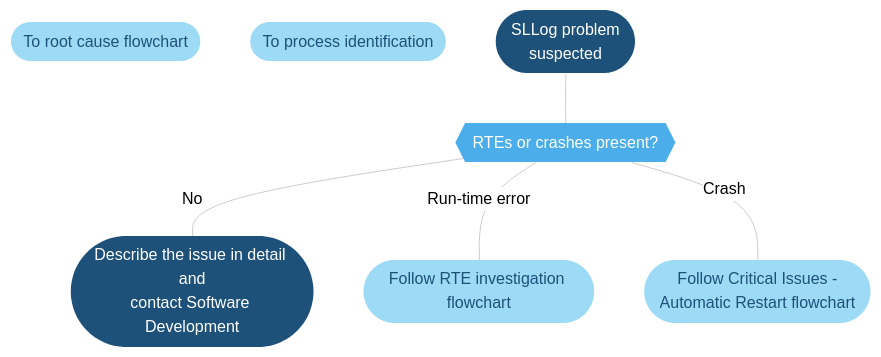
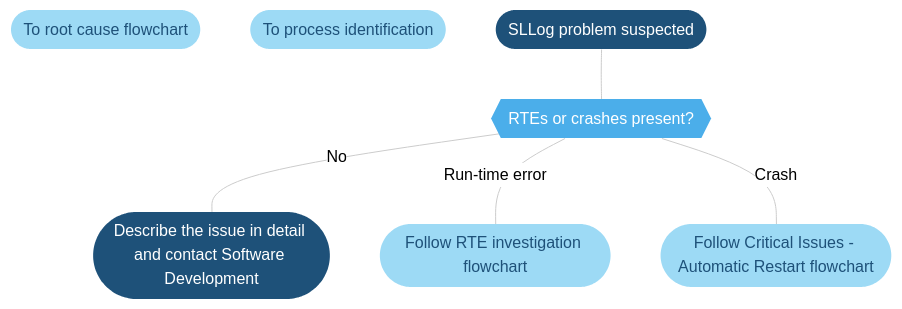
The diagram in user-guide/Troubleshooting/Troubleshooting_Flowcharts/Troubleshooting_Process_Identification/Logging_processes/Troubleshooting_SLLog_exe.md (SkylineCommunications/dataminer-docs), drawn with Mermaid (neutral theme) before and after one commit. The commit also changed 21 other files, not shown here.

````diff
--- a/user-guide/Troubleshooting/Troubleshooting_Flowcharts/Troubleshooting_Process_Identification/Logging_processes/Troubleshooting_SLLog_exe.md
+++ b/user-guide/Troubleshooting/Troubleshooting_Flowcharts/Troubleshooting_Process_Identification/Logging_processes/Troubleshooting_SLLog_exe.md
@@ -19,33 +19,33 @@
 ```mermaid
 flowchart TD
 %% Define blocks %%
 LinkRootCause([To root cause flowchart])
 LinkProcessList([To process identification])
-Start([SLLog problem <br/>suspected])
+Start([SLLog problem suspected])
 CheckIssueType{{RTEs or crashes present?}}
 Rte([Follow RTE investigation flowchart])
-Crash([Follow Critical Issues -<br/>Automatic Restart flowchart])
-EndReportIssue([Describe the issue in detail and<br/>contact Software Development])
+Crash([Follow Critical Issues - Automatic Restart flowchart])
+EndReportIssue([Describe the issue in detail and contact Software Development])
 %% Connect blocks %%
 Start --- CheckIssueType
 CheckIssueType --- |No| EndReportIssue
 CheckIssueType --- |Run-time error| Rte
 CheckIssueType --- |Crash| Crash
 %% Define hyperlinks %%
 click LinkRootCause "/user-guide/Troubleshooting/Troubleshooting_Flowcharts/Finding_a_Root_Cause.html" "Go to Root Cause Flowchart"
 click LinkProcessList "/user-guide/Troubleshooting/Troubleshooting_Flowcharts/Troubleshooting_Process_Identification/Troubleshooting_Process_Identification.html" "Go to process identification page"
 click Rte "/user-guide/Troubleshooting/Troubleshooting_Flowcharts/Troubleshooting_Identify_Per_Module/Alarm_Console/Troubleshooting_Run_Time_Errors.html" "RTE investigation diagram"
 click Crash "/user-guide/Troubleshooting/Troubleshooting_Flowcharts/Troubleshooting_Critical_Issues/Troubleshooting_Critical_Issues_Automatic_Restart.html" "Crash investigation diagram"
 %% Define styles %%
 linkStyle default stroke:#cccccc
 classDef classTerminal fill:#1e5179,stroke:#1e5179,color:#ffffff,stroke-width:0px;
 classDef classDecision fill:#4baeea,stroke:#4baeea,color:#ffffff,stroke-width:0px;
 classDef classExternalRef fill:#9ddaf5,stroke:#9ddaf5,color:#1E5179,stroke-width:0px;
 classDef classActionClickable fill:#999999,stroke:#999999,color:#ffffff,stroke-width:0px;
 classDef classAction fill:#dddddd,stroke:#dddddd,color:#1E5179,stroke-width:0px;
 classDef classSolution fill:#58595b,stroke:#58595b,color:#ffffff,stroke-width:0px;
 %% Apply styles to blocks %%
 class Start,EndReportIssue classTerminal;
 class CheckIssueType classDecision;
 class LinkRootCause,LinkProcessList,Rte,Crash classExternalRef;
 ```
````
